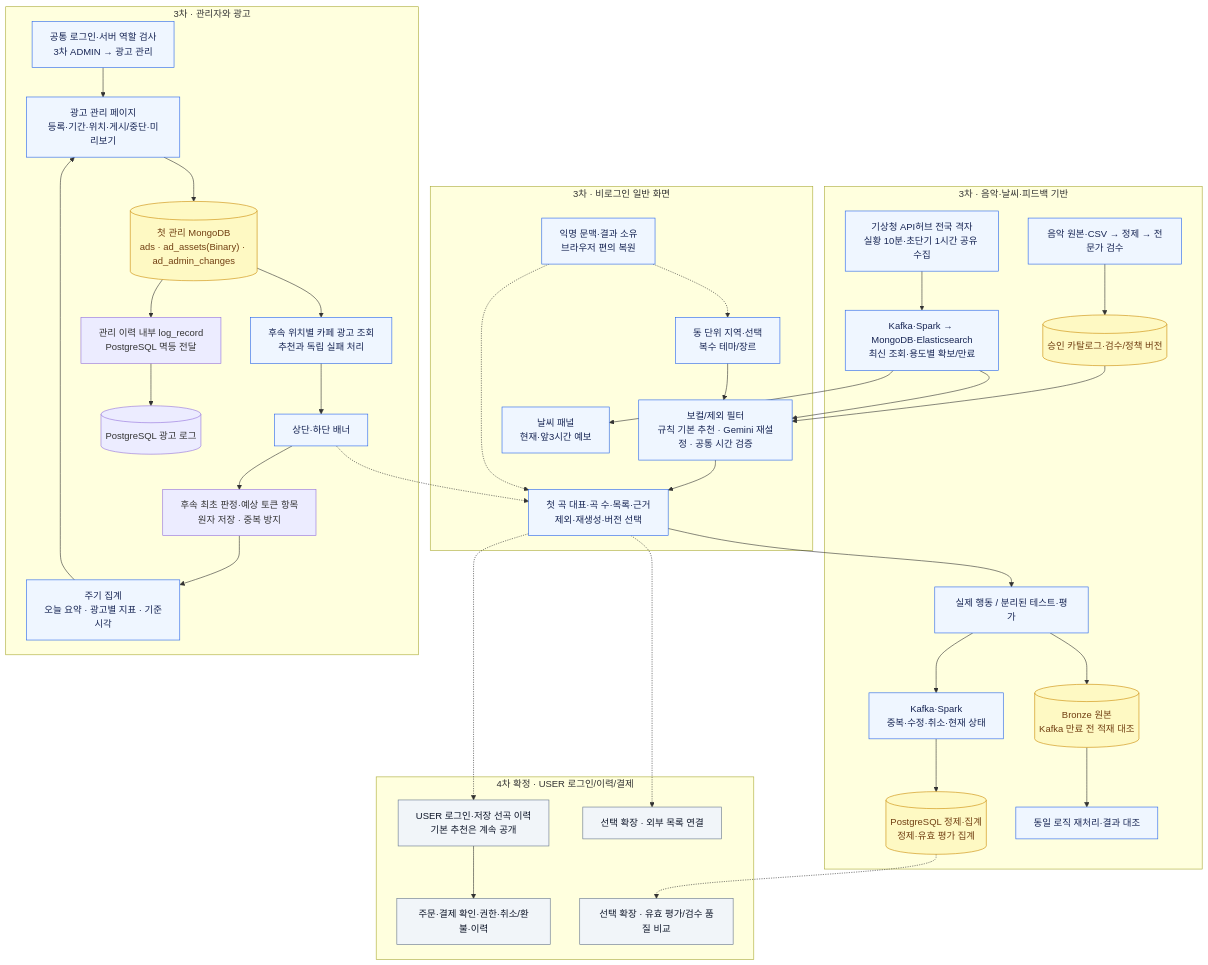
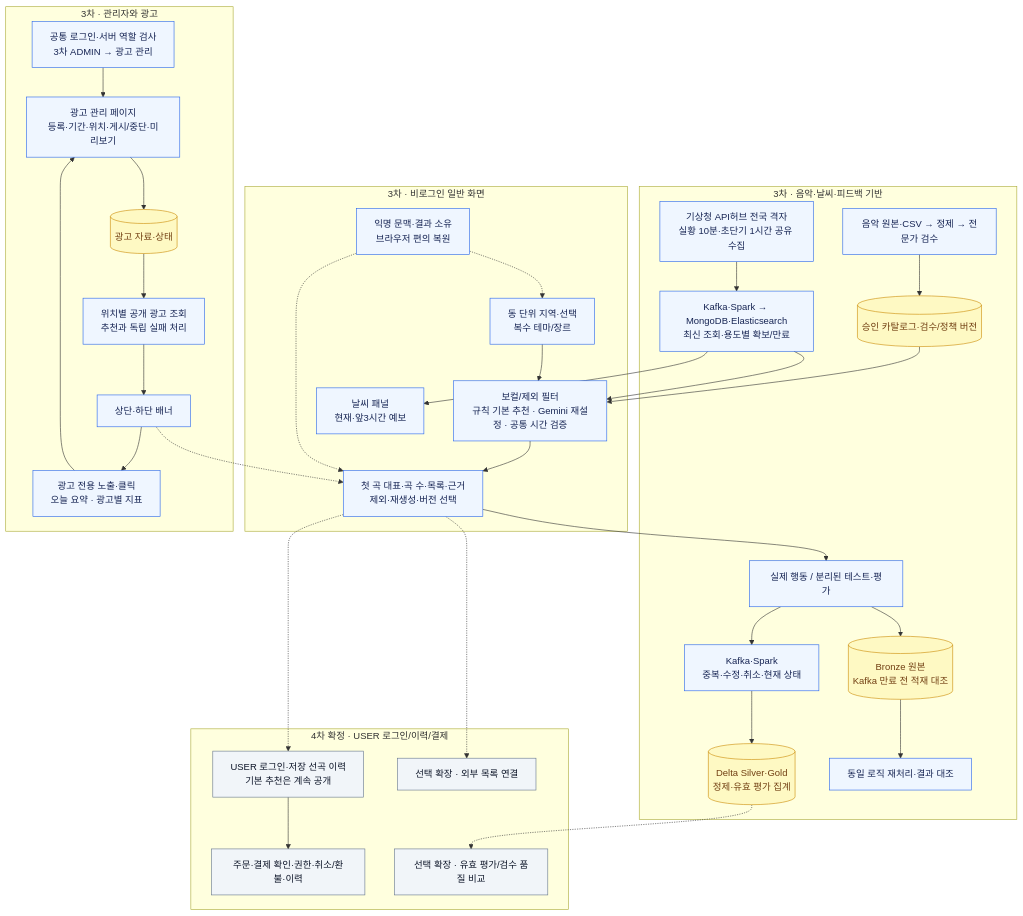
One commit to encore-ai-campus/mlo-01-p3-team1 changed the fourth of 4 diagrams in docs/product/카페_음악_추천_서비스_3차_구현_태스크.md. Above: the diagram before and after it, drawn with Mermaid. The commit also changed other lines of this file and 99 other files, not shown here.

````diff
--- a/docs/product/카페_음악_추천_서비스_3차_구현_태스크.md
+++ b/docs/product/카페_음악_추천_서비스_3차_구현_태스크.md
@@ -197,51 +168,48 @@
 ```mermaid
 flowchart TB
     subgraph DATA["3차 · 음악·날씨·피드백 기반"]
         MUSIC["음악 원본·CSV → 정제 → 전문가 검수"] --> CATALOG[("승인 카탈로그·검수/정책 버전")]
         KMA["기상청 API허브 전국 격자<br/>실황 10분·초단기 1시간 공유 수집"] --> WEATHER["Kafka·Spark → MongoDB·Elasticsearch<br/>최신 조회·용도별 확보/만료"]
         FEEDBACK["실제 행동 / 분리된 테스트·평가"] --> STREAM["Kafka·Spark<br/>중복·수정·취소·현재 상태"]
         FEEDBACK --> BRONZE[("Bronze 원본<br/>Kafka 만료 전 적재 대조")]
-        STREAM --> LAKE[("PostgreSQL 정제·집계<br/>정제·유효 평가 집계")]
+        STREAM --> LAKE[("Delta Silver·Gold<br/>정제·유효 평가 집계")]
         BRONZE --> REPLAY["동일 로직 재처리·결과 대조"]
     end
     subgraph PUBLIC["3차 · 비로그인 일반 화면"]
         REGION["동 단위 지역·선택<br/>복수 테마/장르"] --> REC["보컬/제외 필터<br/>규칙 기본 추천 · Gemini 재설정 · 공통 시간 검증"]
         REC --> RESULT["첫 곡 대표·곡 수·목록·근거<br/>제외·재생성·버전 선택"]
         WEATHER_PANEL["날씨 패널<br/>현재·앞3시간 예보"]
         GUEST["익명 문맥·결과 소유<br/>브라우저 편의 복원"]
         GUEST -.-> REGION
         GUEST -.-> RESULT
     end
     CATALOG --> REC
     WEATHER --> REC
     WEATHER --> WEATHER_PANEL
     RESULT --> FEEDBACK
     subgraph ADS["3차 · 관리자와 광고"]
         LOGIN["공통 로그인·서버 역할 검사<br/>3차 ADMIN → 광고 관리"] --> ADMIN["광고 관리 페이지<br/>등록·기간·위치·게시/중단·미리보기"]
-        ADMIN --> STORE[("첫 관리 MongoDB<br/>ads · ad_assets(Binary) · ad_admin_changes")]
-        STORE --> ADAPI["후속 위치별 카페 광고 조회<br/>추천과 독립 실패 처리"]
+        ADMIN --> STORE[("광고 자료·상태")]
+        STORE --> ADAPI["위치별 공개 광고 조회<br/>추천과 독립 실패 처리"]
         ADAPI --> BANNER["상단·하단 배너"]
-        BANNER --> ADFIRST["후속 최초 판정·예상 토큰 항목<br/>원자 저장 · 중복 방지"]
-        ADFIRST --> METRIC["주기 집계<br/>오늘 요약 · 광고별 지표 · 기준시각"]
+        BANNER --> METRIC["광고 전용 노출·클릭<br/>오늘 요약 · 광고별 지표"]
         METRIC --> ADMIN
-        STORE --> ADOUTBOX["관리 이력 내부 log_record<br/>PostgreSQL 멱등 전달"]
-        ADOUTBOX --> ADLOG[("PostgreSQL 광고 로그")]
     end
     BANNER -.-> RESULT
     subgraph FUTURE["4차 확정 · USER 로그인/이력/결제"]
         ACCOUNT["USER 로그인·저장 선곡 이력<br/>기본 추천은 계속 공개"]
         PAYMENT["주문·결제 확인·권한·취소/환불·이력"]
         EXTERNAL["선택 확장 · 외부 목록 연결"]
         QUALITY["선택 확장 · 유효 평가/검수 품질 비교"]
         ACCOUNT --> PAYMENT
     end
     RESULT -.-> ACCOUNT
     RESULT -.-> EXTERNAL
     LAKE -.-> QUALITY
     classDef process fill:#eff6ff,stroke:#2563eb,color:#172554;
     classDef data fill:#fef9c3,stroke:#ca8a04,color:#713f12;
     classDef future fill:#f1f5f9,stroke:#64748b,color:#0f172a;
     class MUSIC,KMA,WEATHER,FEEDBACK,STREAM,REPLAY,REGION,REC,RESULT,WEATHER_PANEL,GUEST,LOGIN,ADMIN,ADAPI,BANNER,METRIC process;
     class CATALOG,BRONZE,LAKE,STORE data;
     class ACCOUNT,PAYMENT,EXTERNAL,QUALITY future;
 ```
````
